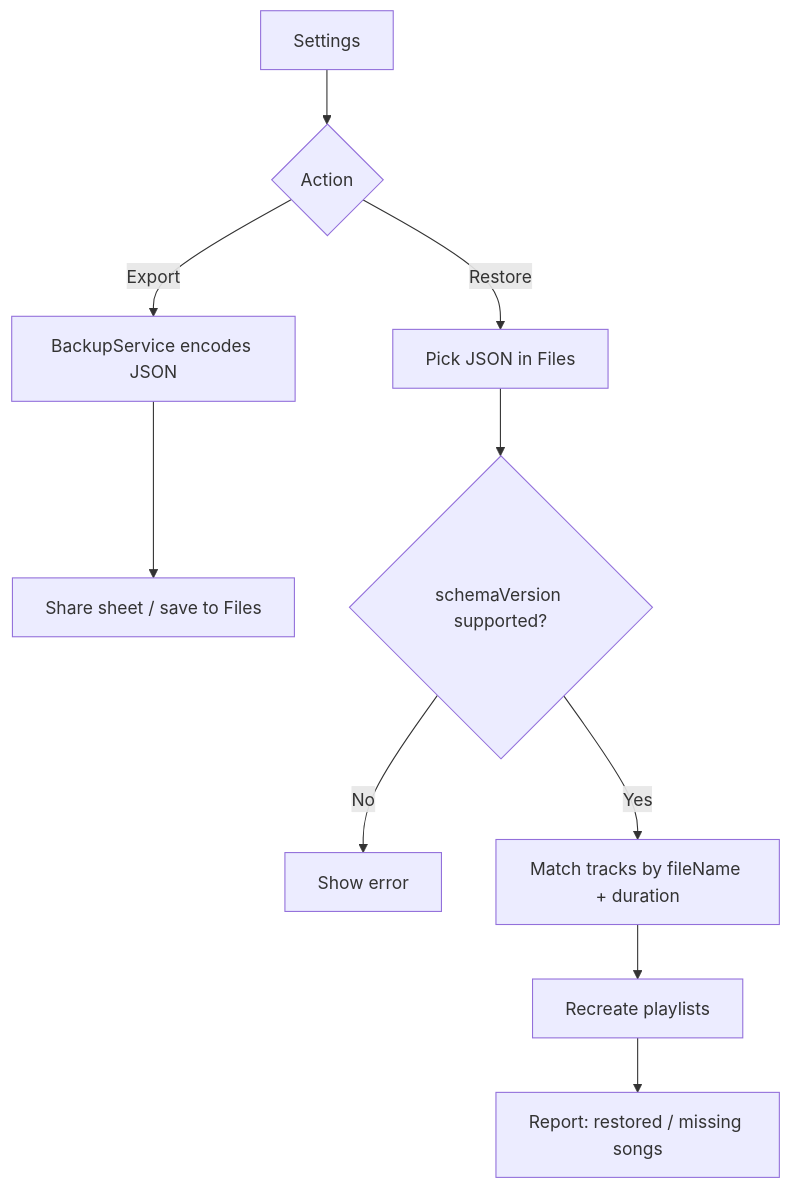
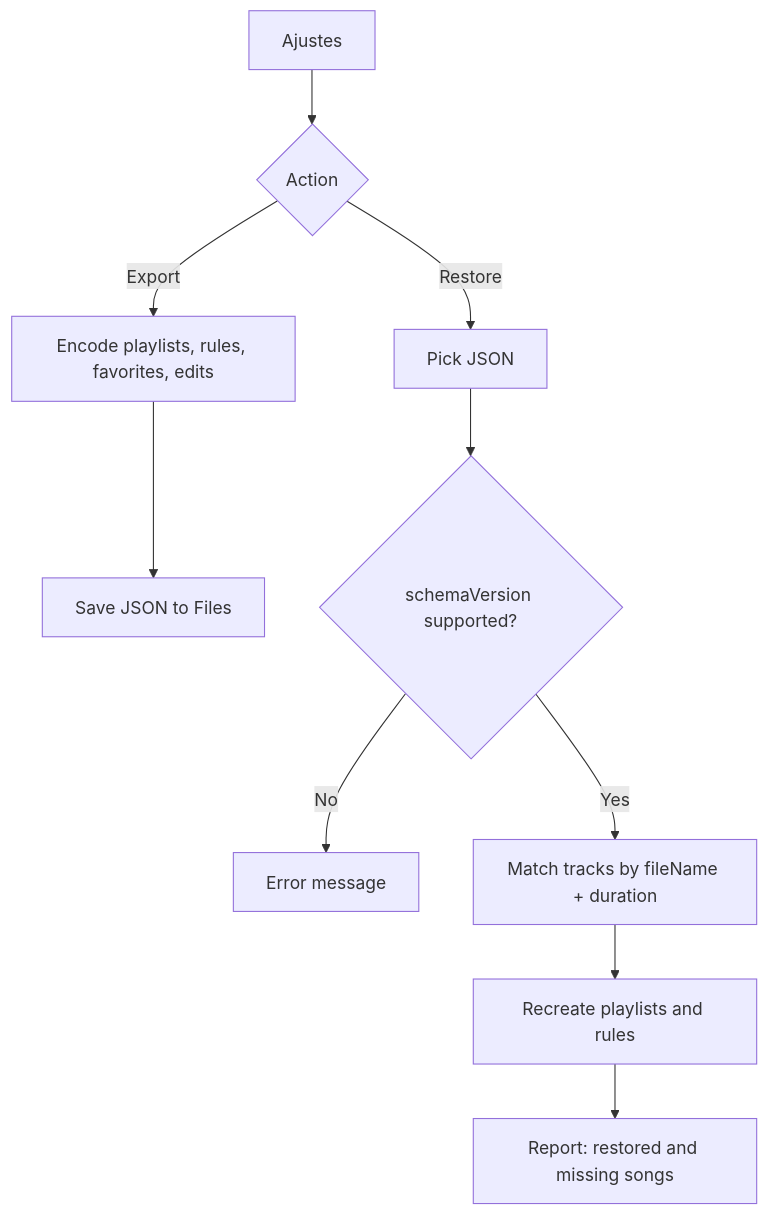
The seventh of 7 diagrams in docs/USER_FLOWS.md (sabrinasalomon/CoryMusic), drawn with Mermaid before and after one commit. The commit also changed other lines of this file and 9 other files, not shown here.

````diff
--- a/docs/USER_FLOWS.md
+++ b/docs/USER_FLOWS.md
@@ -71,12 +125,12 @@
 ```mermaid
 flowchart TD
-    A[Settings] --> B{Action}
-    B -- Export --> C[BackupService encodes JSON]
-    C --> D[Share sheet / save to Files]
-    B -- Restore --> E[Pick JSON in Files]
+    A[Ajustes] --> B{Action}
+    B -- Export --> C[Encode playlists, rules, favorites, edits]
+    C --> D[Save JSON to Files]
+    B -- Restore --> E[Pick JSON]
     E --> F{schemaVersion supported?}
-    F -- No --> G[Show error]
+    F -- No --> G[Error message]
     F -- Yes --> H[Match tracks by fileName + duration]
-    H --> I[Recreate playlists]
-    I --> J[Report: restored / missing songs]
+    H --> I[Recreate playlists and rules]
+    I --> J[Report: restored and missing songs]
 ```
````
